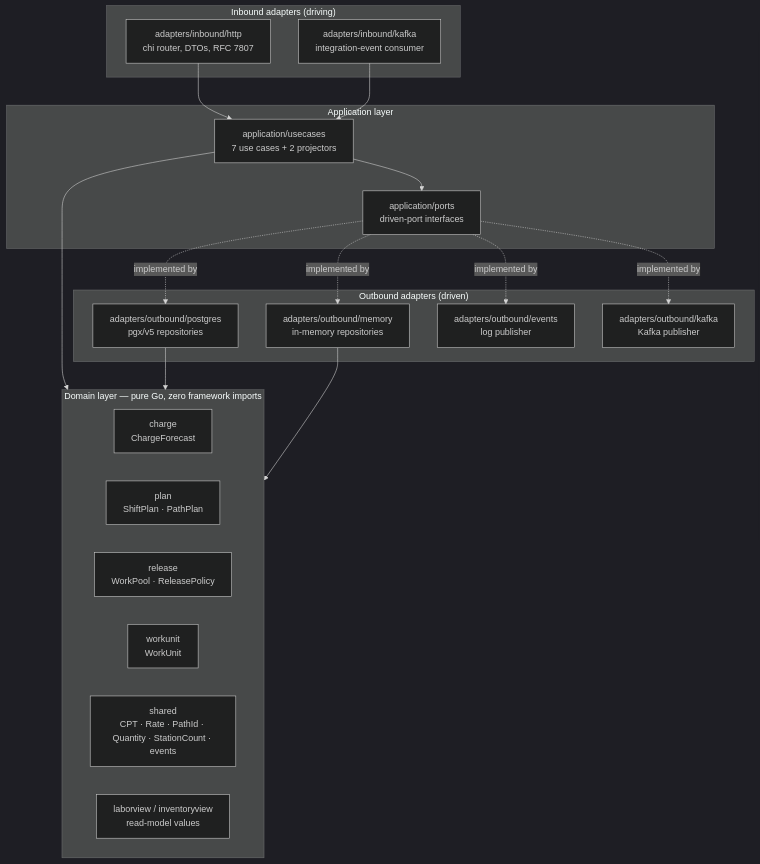
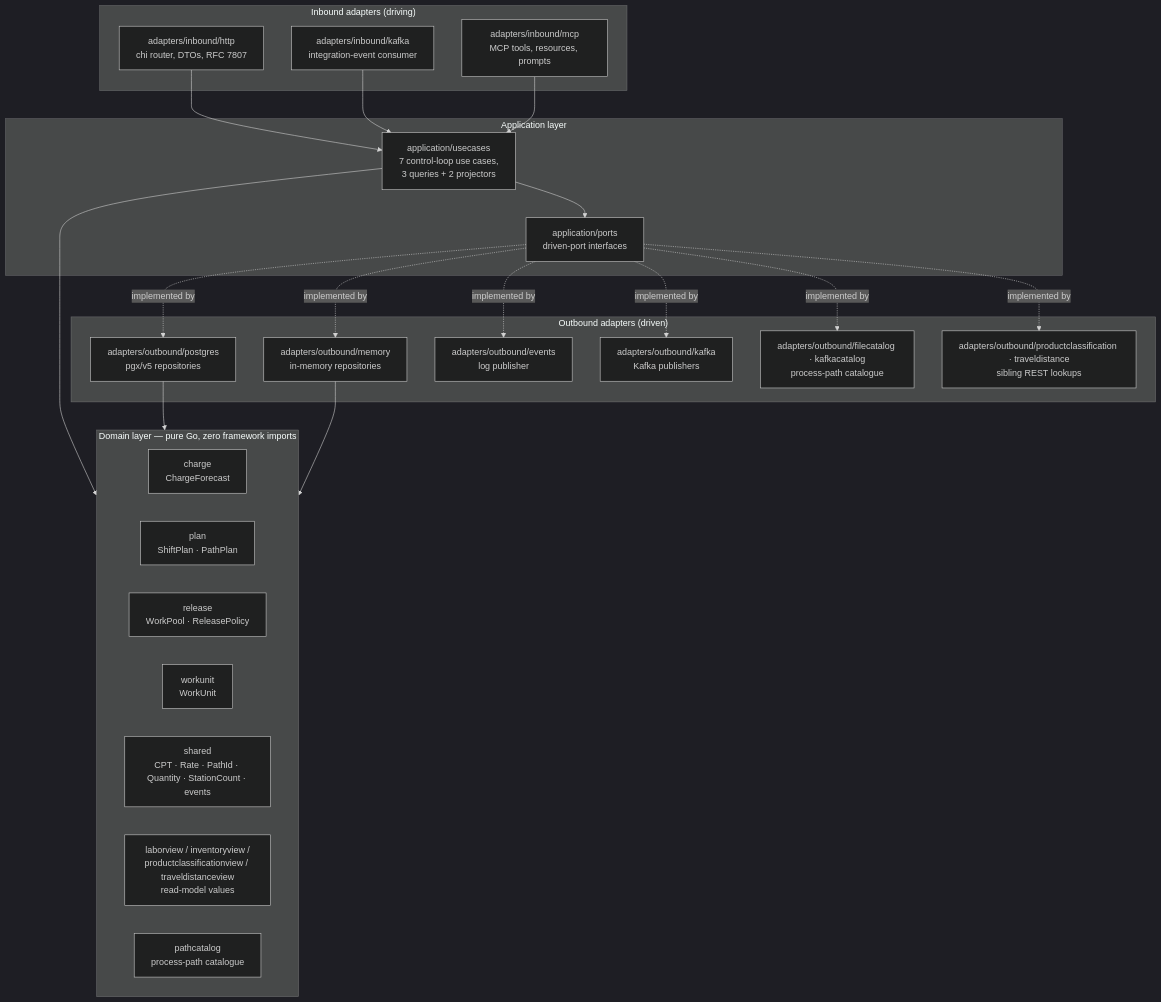
The diagram in docs/docs/overview/hexagonal-layering.md (claudioed/wes-work-planning), drawn with Mermaid (dark theme) before and after one commit. The commit also changed other lines of this file and 21 other files, not shown here.

````diff
--- a/docs/docs/overview/hexagonal-layering.md
+++ b/docs/docs/overview/hexagonal-layering.md
@@ -18,39 +18,46 @@
 ```mermaid
 flowchart TB
     subgraph inbound["Inbound adapters (driving)"]
         HTTP["adapters/inbound/http<br/>chi router, DTOs, RFC 7807"]
         KIN["adapters/inbound/kafka<br/>integration-event consumer"]
+        MCPIN["adapters/inbound/mcp<br/>MCP tools, resources, prompts"]
     end
 
     subgraph app["Application layer"]
-        UC["application/usecases<br/>7 use cases + 2 projectors"]
+        UC["application/usecases<br/>7 control-loop use cases,<br/>3 queries + 2 projectors"]
         PORTS["application/ports<br/>driven-port interfaces"]
     end
 
     subgraph domain["Domain layer — pure Go, zero framework imports"]
         CH["charge<br/>ChargeForecast"]
         PL["plan<br/>ShiftPlan · PathPlan"]
         RE["release<br/>WorkPool · ReleasePolicy"]
         WU["workunit<br/>WorkUnit"]
         SH["shared<br/>CPT · Rate · PathId · Quantity · StationCount · events"]
-        LV["laborview / inventoryview<br/>read-model values"]
+        LV["laborview / inventoryview /<br/>productclassificationview / traveldistanceview<br/>read-model values"]
+        PC["pathcatalog<br/>process-path catalogue"]
     end
 
     subgraph outbound["Outbound adapters (driven)"]
         PG["adapters/outbound/postgres<br/>pgx/v5 repositories"]
         MEM["adapters/outbound/memory<br/>in-memory repositories"]
         EV["adapters/outbound/events<br/>log publisher"]
-        KOUT["adapters/outbound/kafka<br/>Kafka publisher"]
+        KOUT["adapters/outbound/kafka<br/>Kafka publishers"]
+        CAT["adapters/outbound/filecatalog · kafkacatalog<br/>process-path catalogue"]
+        LOOK["adapters/outbound/productclassification · traveldistance<br/>sibling REST lookups"]
     end
 
     HTTP --> UC
     KIN --> UC
+    MCPIN --> UC
     UC --> PORTS
     UC --> domain
     PORTS -.implemented by.-> PG
     PORTS -.implemented by.-> MEM
     PORTS -.implemented by.-> EV
     PORTS -.implemented by.-> KOUT
+    PORTS -.implemented by.-> CAT
+    PORTS -.implemented by.-> LOOK
     PG --> domain
     MEM --> domain
 ```
````
